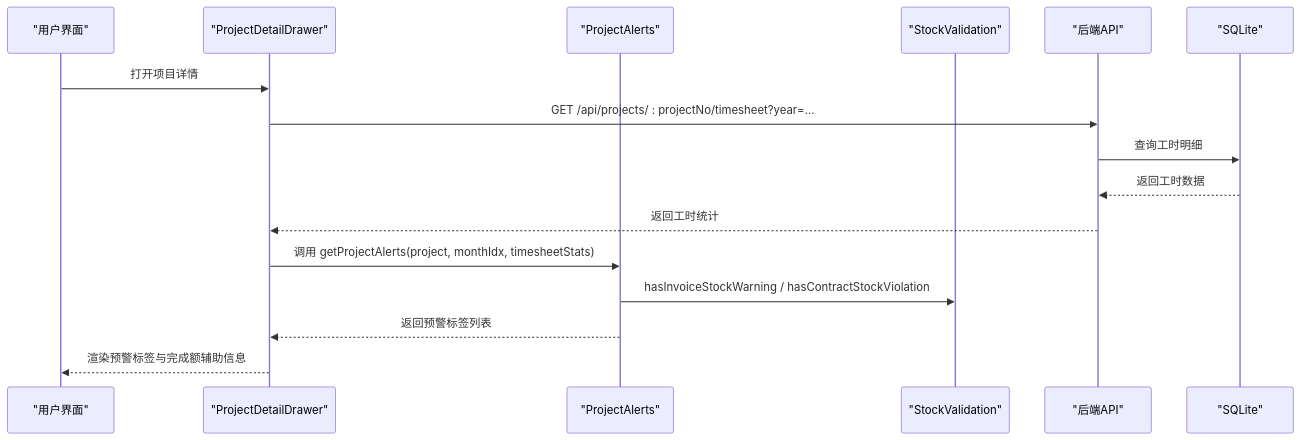
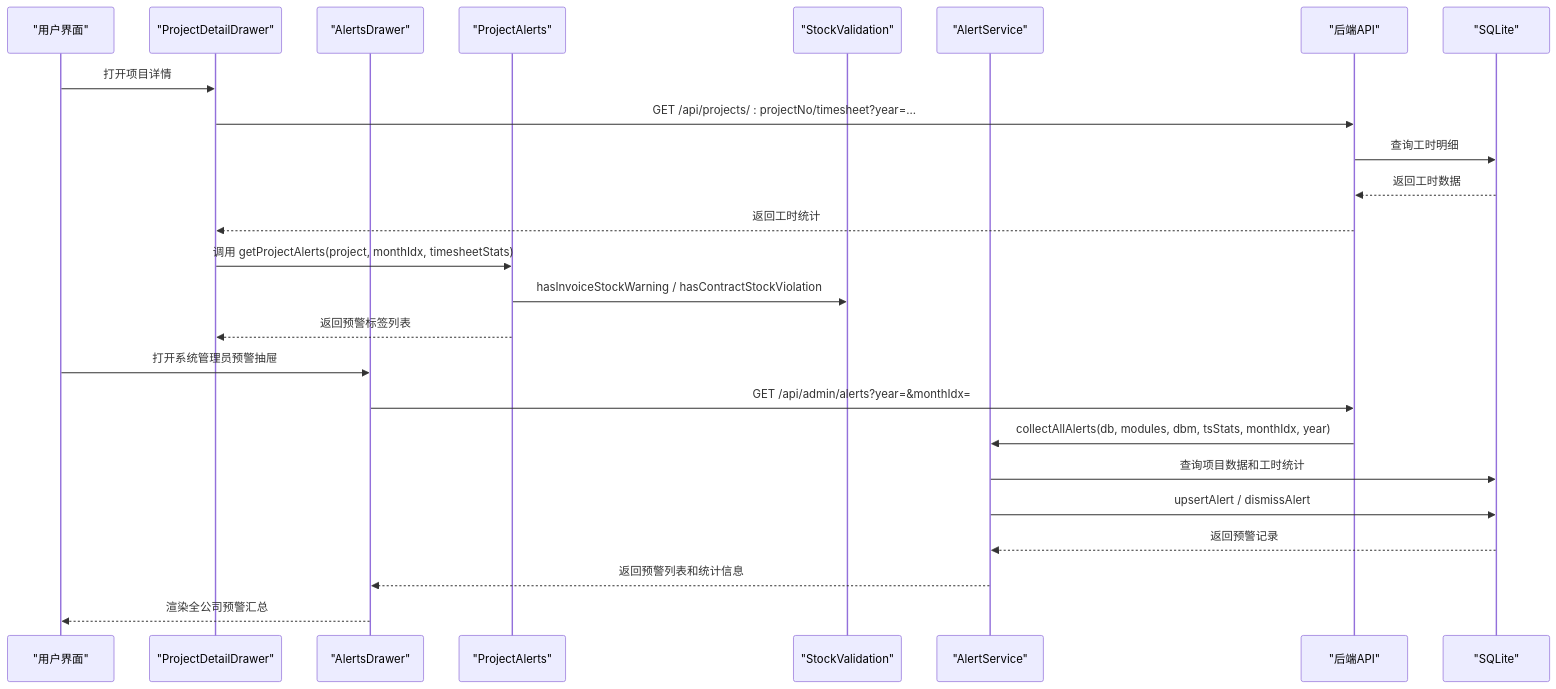
One commit to marcelxu0272/202605_project-tracking-table changed the second of 5 diagrams in .qoder/repowiki/zh/content/核心业务模块/项目预警系统.md. Above: the diagram before and after it, drawn with Mermaid. The commit also changed other lines of this file and 8 other files, not shown here.

````diff
--- a/.qoder/repowiki/zh/content/核心业务模块/项目预警系统.md
+++ b/.qoder/repowiki/zh/content/核心业务模块/项目预警系统.md
@@ -113,18 +143,27 @@
 ```mermaid
 sequenceDiagram
 participant UI as "用户界面"
 participant Drawer as "ProjectDetailDrawer"
+participant AdminDrawer as "AlertsDrawer"
 participant Alerts as "ProjectAlerts"
 participant Stock as "StockValidation"
+participant AlertService as "AlertService"
 participant API as "后端API"
 participant DB as "SQLite"
 UI->>Drawer : 打开项目详情
 Drawer->>API : GET /api/projects/ : projectNo/timesheet?year=...
 API->>DB : 查询工时明细
 DB-->>API : 返回工时数据
 API-->>Drawer : 返回工时统计
 Drawer->>Alerts : 调用 getProjectAlerts(project, monthIdx, timesheetStats)
 Alerts->>Stock : hasInvoiceStockWarning / hasContractStockViolation
 Alerts-->>Drawer : 返回预警标签列表
-Drawer-->>UI : 渲染预警标签与完成额辅助信息
+UI->>AdminDrawer : 打开系统管理员预警抽屉
+AdminDrawer->>API : GET /api/admin/alerts?year=&monthIdx=
+API->>AlertService : collectAllAlerts(db, modules, dbm, tsStats, monthIdx, year)
+AlertService->>DB : 查询项目数据和工时统计
+AlertService->>DB : upsertAlert / dismissAlert
+DB-->>AlertService : 返回预警记录
+AlertService-->>AdminDrawer : 返回预警列表和统计信息
+AdminDrawer-->>UI : 渲染全公司预警汇总
 ```
````
